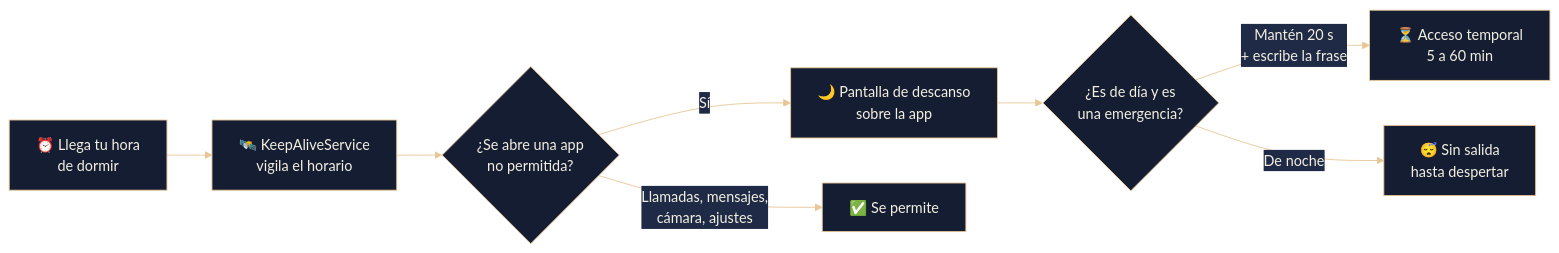
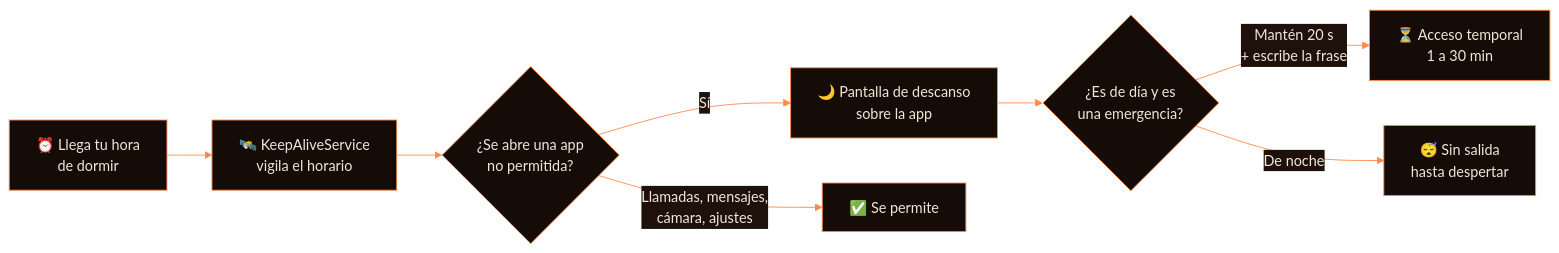
The diagram in README.md (OrlandoGalvanVargas/darmixnight), drawn with Mermaid before and after one commit. The commit also changed other lines of this file, not shown here.

````diff
--- a/README.md
+++ b/README.md
@@ -134,11 +126,11 @@
 ```mermaid
-%%{init: {"theme": "base", "themeVariables": {"primaryColor": "#151D33", "primaryTextColor": "#F4F0E1", "primaryBorderColor": "#E8C796", "lineColor": "#E8C796", "secondaryColor": "#1E2A46", "tertiaryColor": "#0E1424", "fontFamily": "Inter, sans-serif"}}}%%
+%%{init: {"theme": "base", "themeVariables": {"primaryColor": "#150B07", "primaryTextColor": "#F3E6D8", "primaryBorderColor": "#FF8A4C", "lineColor": "#FF8A4C", "secondaryColor": "#1E110B", "tertiaryColor": "#0C0604", "fontFamily": "Inter, sans-serif"}}}%%
 flowchart LR
     A["⏰ Llega tu hora<br/>de dormir"] --> B["🛰️ KeepAliveService<br/>vigila el horario"]
     B --> C{"¿Se abre una app<br/>no permitida?"}
     C -- "Sí" --> D["🌙 Pantalla de descanso<br/>sobre la app"]
     C -- "Llamadas, mensajes,<br/>cámara, ajustes" --> E["✅ Se permite"]
     D --> F{"¿Es de día y es<br/>una emergencia?"}
-    F -- "Mantén 20 s<br/>+ escribe la frase" --> G["⏳ Acceso temporal<br/>5 a 60 min"]
+    F -- "Mantén 20 s<br/>+ escribe la frase" --> G["⏳ Acceso temporal<br/>1 a 30 min"]
     F -- "De noche" --> H["😴 Sin salida<br/>hasta despertar"]
 ```
````
